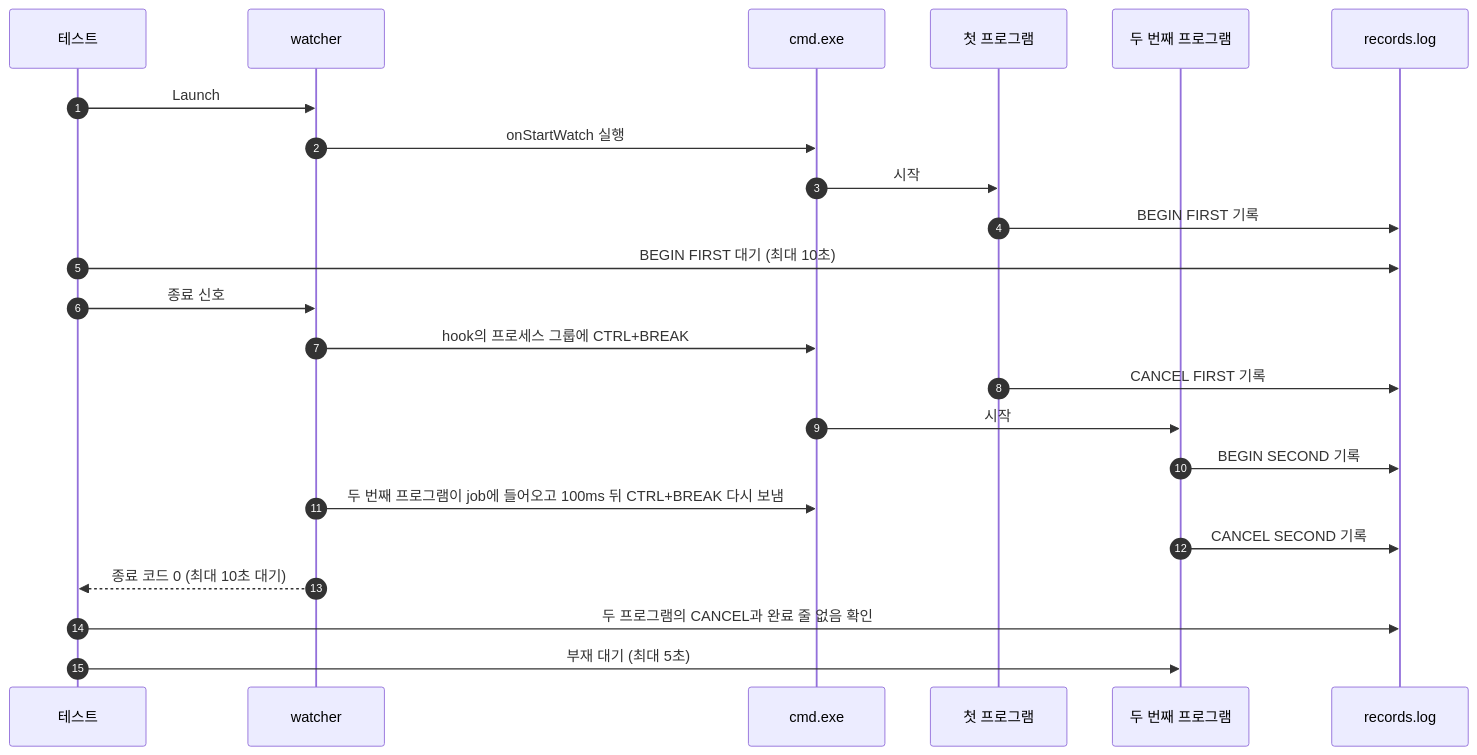
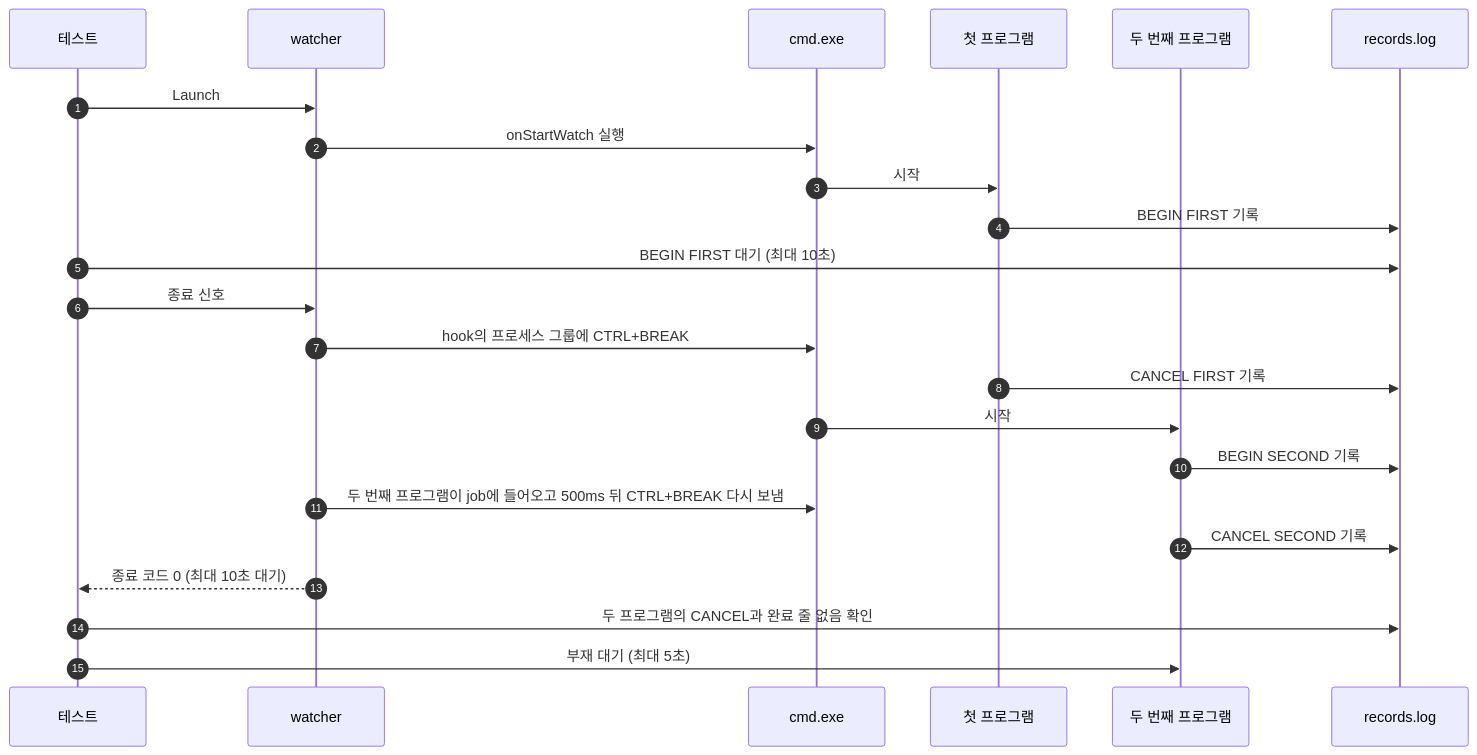
Before and after one commit to seungyeop-lee/directory-watcher: the diagram in e2e/docs/scenarios/canceled-command-list-stops-next-program.ko.md, drawn with Mermaid. The commit also changed 4 other files, not shown here.

````diff
--- a/e2e/docs/scenarios/canceled-command-list-stops-next-program.ko.md
+++ b/e2e/docs/scenarios/canceled-command-list-stops-next-program.ko.md
@@ -35,25 +35,25 @@
 ```mermaid
 sequenceDiagram
     autonumber
     participant testCode as 테스트
     participant watcherProc as watcher
     participant shell as cmd.exe
     participant first as 첫 프로그램
     participant second as 두 번째 프로그램
     participant recordFile as records.log
     testCode->>watcherProc: Launch
     watcherProc->>shell: onStartWatch 실행
     shell->>first: 시작
     first->>recordFile: BEGIN FIRST 기록
     testCode->>recordFile: BEGIN FIRST 대기 (최대 10초)
     testCode->>watcherProc: 종료 신호
     watcherProc->>shell: hook의 프로세스 그룹에 CTRL+BREAK
     first->>recordFile: CANCEL FIRST 기록
     shell->>second: 시작
     second->>recordFile: BEGIN SECOND 기록
-    watcherProc->>shell: 두 번째 프로그램이 job에 들어오고 100ms 뒤 CTRL+BREAK 다시 보냄
+    watcherProc->>shell: 두 번째 프로그램이 job에 들어오고 500ms 뒤 CTRL+BREAK 다시 보냄
     second->>recordFile: CANCEL SECOND 기록
     watcherProc-->>testCode: 종료 코드 0 (최대 10초 대기)
     testCode->>recordFile: 두 프로그램의 CANCEL과 완료 줄 없음 확인
     testCode->>second: 부재 대기 (최대 5초)
 ```
````
